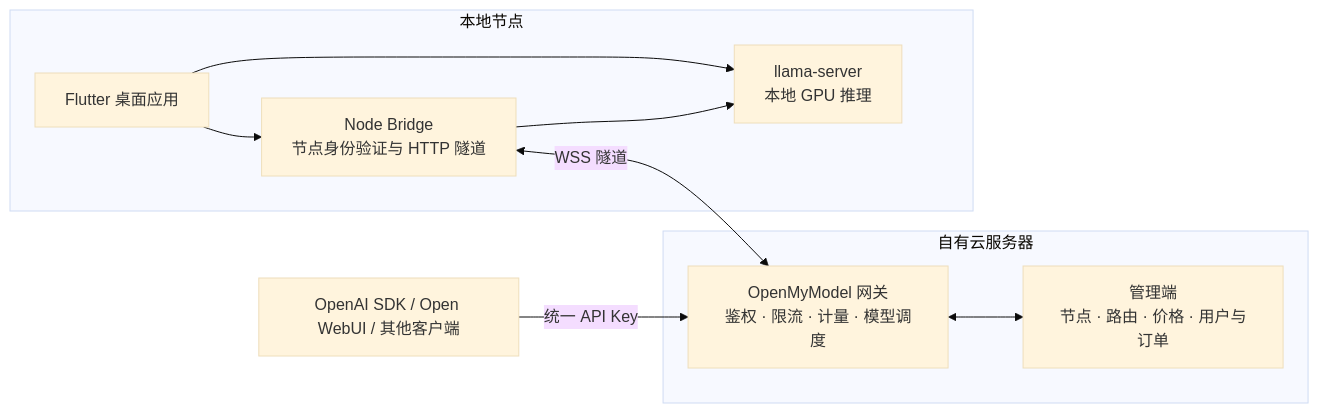
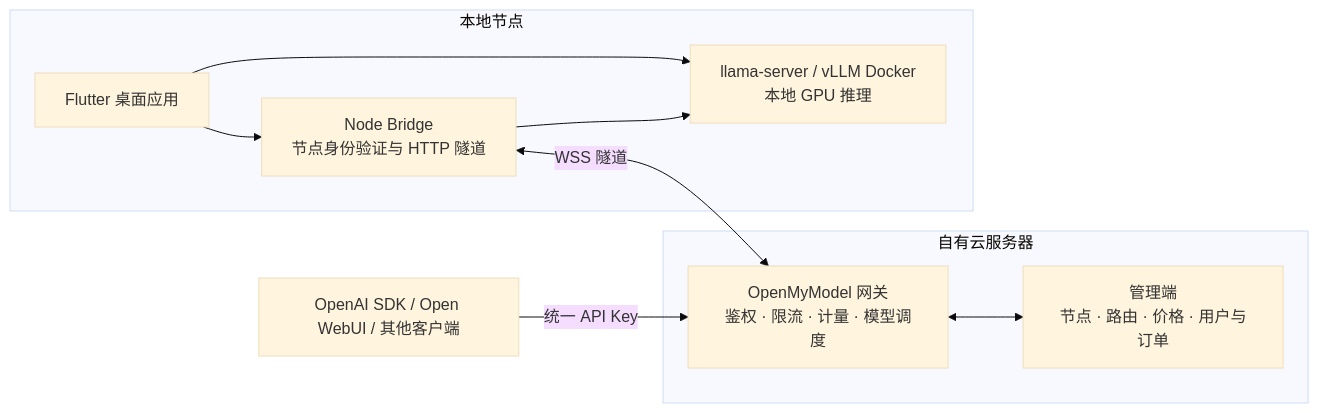
The diagram in README.md (tianxingstarsky/OpenMyModel), drawn with Mermaid (base theme) before and after one commit. The commit also changed other lines of this file and 25 other files, not shown here.

````diff
--- a/README.md
+++ b/README.md
@@ -110,15 +137,15 @@
 ```mermaid
 flowchart LR
     subgraph Local["本地节点"]
-        UI["Flutter 桌面应用"] --> Engine["llama-server<br/>本地 GPU 推理"]
+        UI["Flutter 桌面应用"] --> Engine["llama-server / vLLM Docker<br/>本地 GPU 推理"]
         UI --> Bridge["Node Bridge<br/>节点身份验证与 HTTP 隧道"]
         Bridge --> Engine
     end
     subgraph Cloud["自有云服务器"]
         Gateway["OpenMyModel 网关<br/>鉴权 · 限流 · 计量 · 模型调度"]
         Admin["管理端<br/>节点 · 路由 · 价格 · 用户与订单"]
         Gateway <--> Admin
     end
     Clients["OpenAI SDK / Open WebUI / 其他客户端"] -->|"统一 API Key"| Gateway
     Bridge <-->|"WSS 隧道"| Gateway
 ```
````
